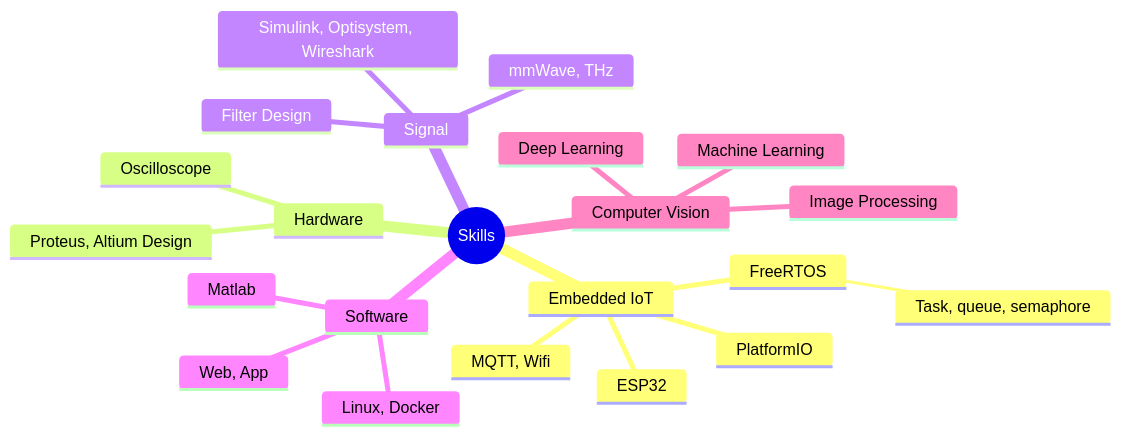
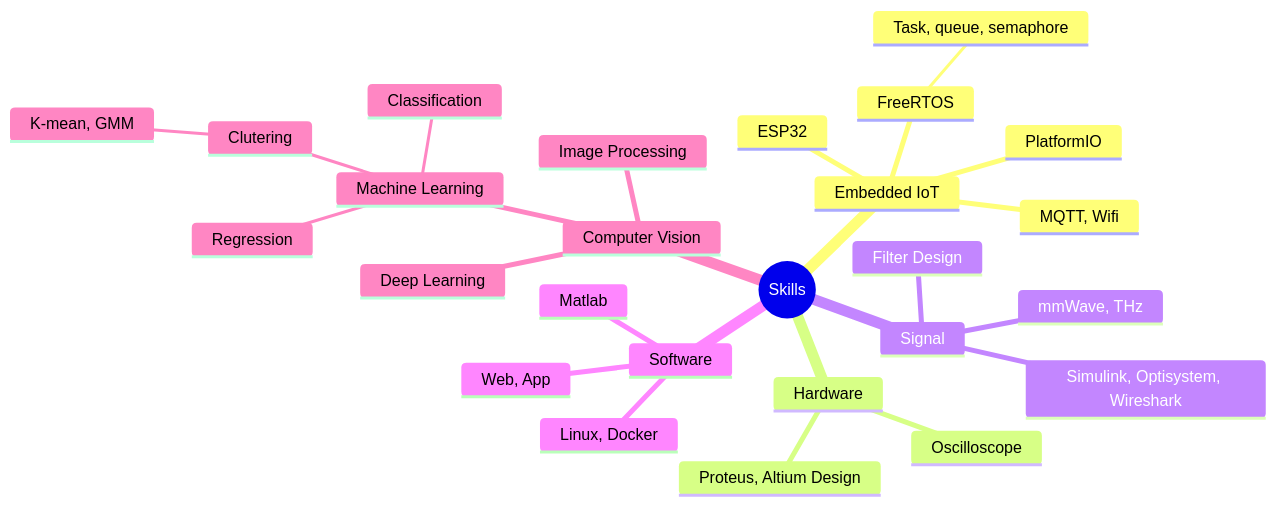
Before and after one commit to bathanh0309/bathanh0309: the diagram in README.md, drawn with Mermaid.

````diff
--- a/README.md
+++ b/README.md
@@ -140,25 +140,29 @@
 ```mermaid
 mindmap
   root((Skills))
     Embedded IoT
       MQTT, Wifi
       ESP32
       FreeRTOS
         Task, queue, semaphore
       PlatformIO
     Hardware
       Proteus, Altium Design
       Oscilloscope
     Signal
       mmWave, THz
       Filter Design
       Simulink, Optisystem, Wireshark
     Software
       Matlab
       Linux, Docker
       Web, App
     Computer Vision
       Machine Learning
+        Classification
+        Regression
+        Clutering
+          K-mean, GMM
       Deep Learning
       Image Processing
 ```
````
